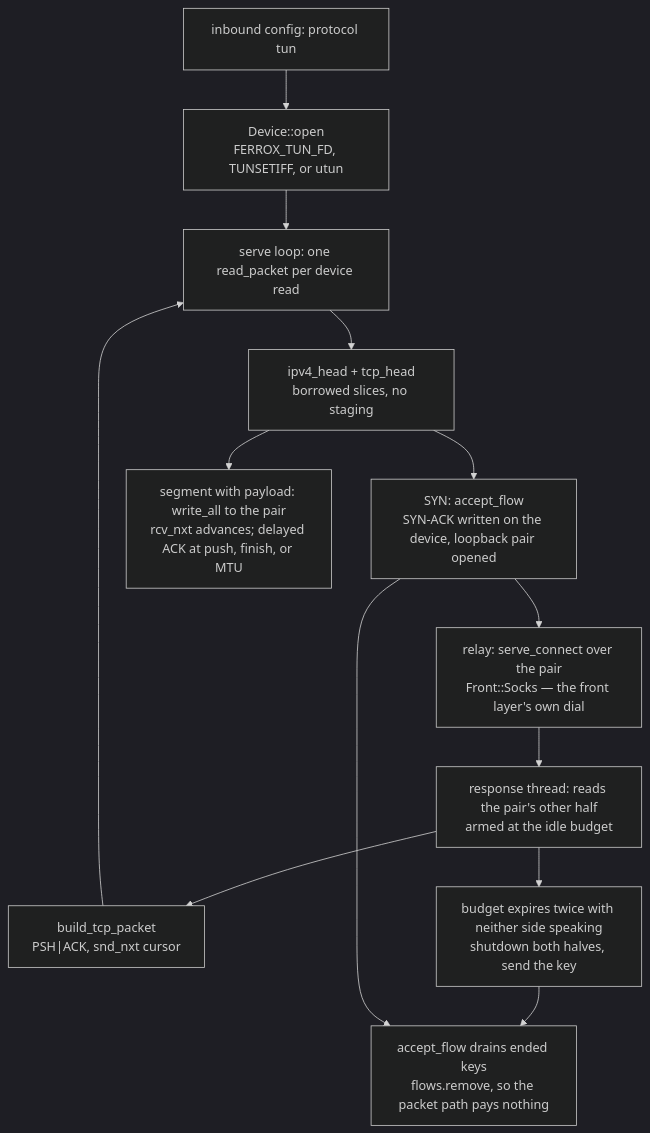
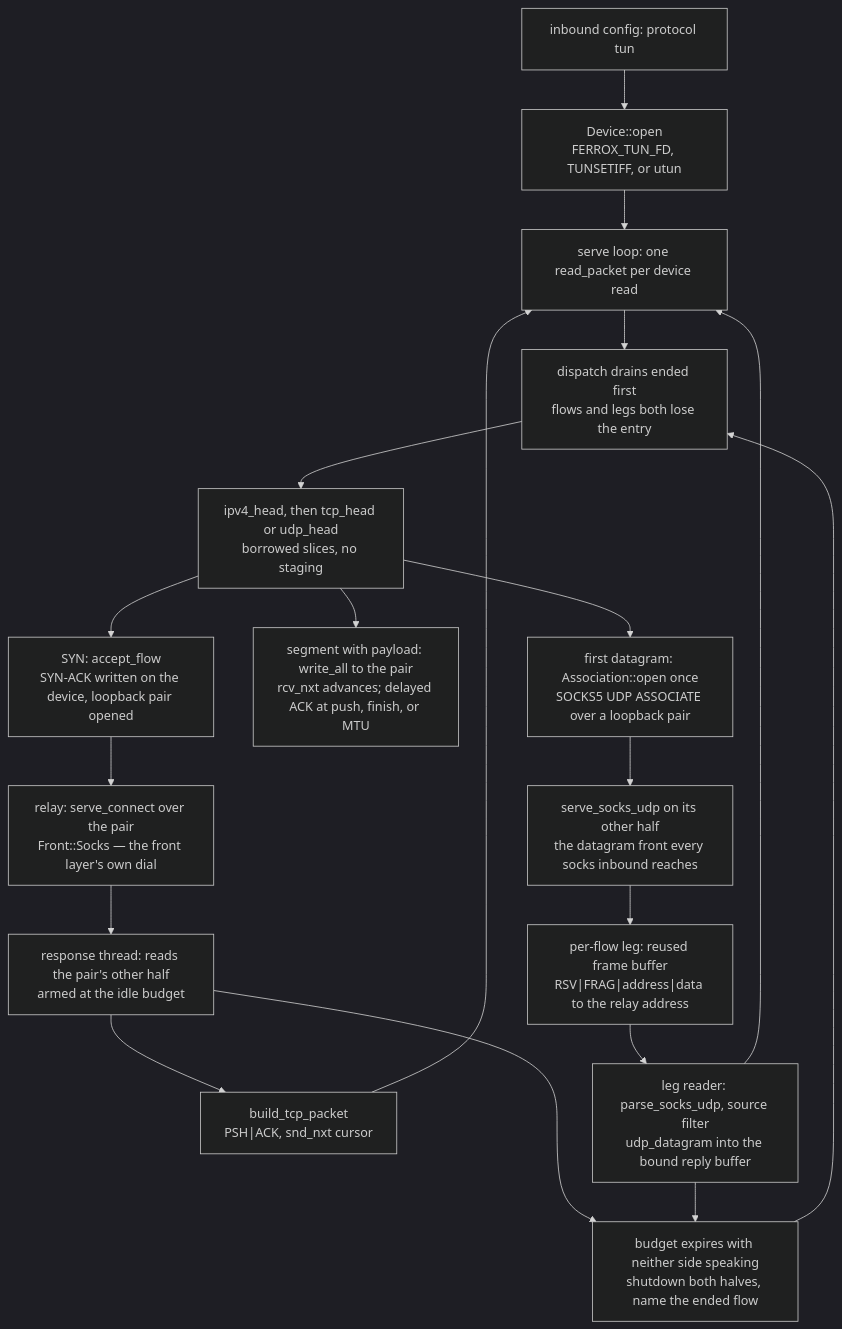
One commit to Ferrocite/ferrox changed the diagram in docs/function/front-tun.md. Above: the diagram before and after it, drawn with Mermaid (dark theme). The commit also changed other lines of this file and 4 other files, not shown here.

Commit message:
tun: document the datagram lane and take its staging copies out

````diff
--- a/docs/function/front-tun.md
+++ b/docs/function/front-tun.md
@@ -34,15 +41,21 @@
 ```mermaid
 graph TD
     A["inbound config: protocol tun"] --> B["Device::open<br/>FERROX_TUN_FD, TUNSETIFF, or utun"]
     B --> C["serve loop: one read_packet per device read"]
-    C --> D["ipv4_head + tcp_head<br/>borrowed slices, no staging"]
+    C --> O["dispatch drains ended first<br/>flows and legs both lose the entry"]
+    O --> D["ipv4_head, then tcp_head or udp_head<br/>borrowed slices, no staging"]
     D --> E["SYN: accept_flow<br/>SYN-ACK written on the device, loopback pair opened"]
     E --> F["relay: serve_connect over the pair<br/>Front::Socks — the front layer's own dial"]
     D --> G["segment with payload: write_all to the pair<br/>rcv_nxt advances; delayed ACK at push, finish, or MTU"]
     F --> H["response thread: reads the pair's other half<br/>armed at the idle budget"]
     H --> I["build_tcp_packet<br/>PSH|ACK, snd_nxt cursor"]
     I --> C
-    H --> J["budget expires twice with neither side speaking<br/>shutdown both halves, send the key"]
-    J --> K["accept_flow drains ended keys<br/>flows.remove, so the packet path pays nothing"]
-    E --> K
+    D --> J["first datagram: Association::open once<br/>SOCKS5 UDP ASSOCIATE over a loopback pair"]
+    J --> K["serve_socks_udp on its other half<br/>the datagram front every socks inbound reaches"]
+    K --> L["per-flow leg: reused frame buffer<br/>RSV|FRAG|address|data to the relay address"]
+    L --> M["leg reader: parse_socks_udp, source filter<br/>udp_datagram into the bound reply buffer"]
+    M --> C
+    H --> N["budget expires with neither side speaking<br/>shutdown both halves, name the ended flow"]
+    M --> N
+    N --> O
 ```
````
